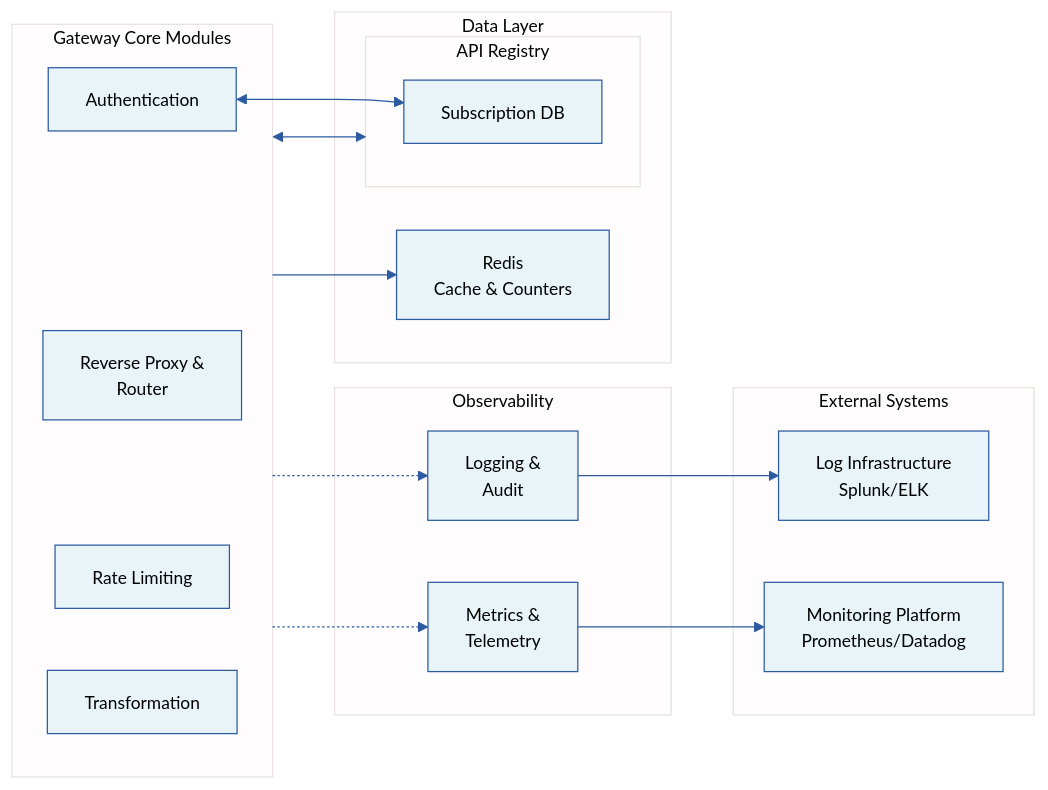
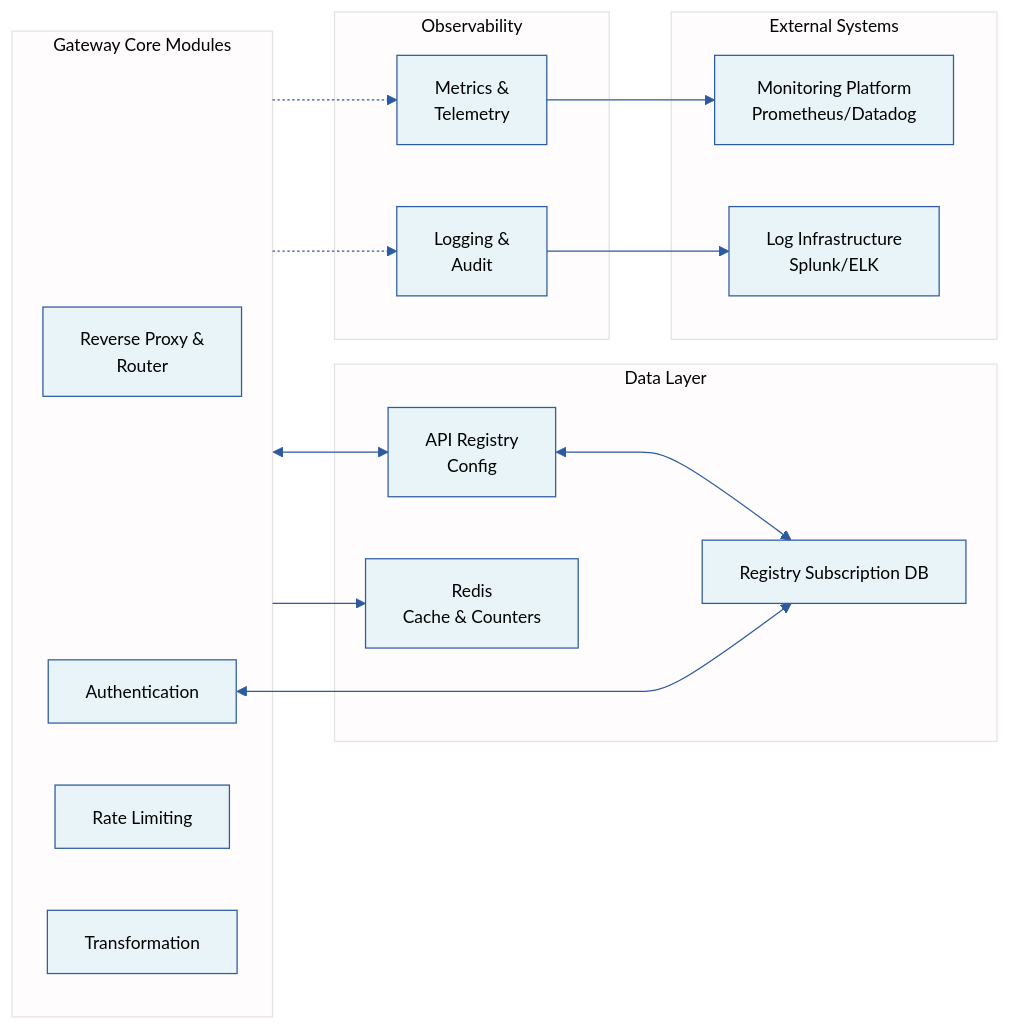
Before and after one commit to barbecuesteve/api-governance: the fourth of 4 diagrams in build-from-scratch/01-api-gateway.md, drawn with Mermaid.

Commit message:
graphwerk

```diff
--- a/build-from-scratch/01-api-gateway.md
+++ b/build-from-scratch/01-api-gateway.md
@@ -128,37 +128,35 @@
 <pre class="mermaid">
 %%{init: {'theme':'base', 'themeVariables': { 'primaryColor':'#e8f4f8','primaryTextColor':'#000','primaryBorderColor':'#2c5aa0','lineColor':'#2c5aa0','edgeLabelBackground':'#fff','fontSize':'14px'}}}%%
 flowchart LR
     subgraph Core["Gateway Core Modules"]
         Router[Reverse Proxy &<br/>Router]
         Auth[Authentication]
         RateLimit[Rate Limiting]
         Transform[Transformation]
     end
     
     subgraph Observability["Observability"]
         Logging[Logging &<br/>Audit]
         Metrics[Metrics &<br/>Telemetry]
     end
     
     subgraph Data["Data Layer"]
         Redis[Redis<br/>Cache & Counters]
         Registry[API Registry<br/>Config]
+        IDP[Registry Subscription DB]
     end
     
     subgraph External["External Systems"]
         LogInfra[Log Infrastructure<br/>Splunk/ELK]
         MonitoringPlatform[Monitoring Platform<br/>Prometheus/Datadog]
     end
     
-    subgraph Registry["API Registry"]
-        IDP[Subscription DB]
-    end
-
     Core --> Redis
     Core <--> Registry
     Auth <--> IDP
+    Registry <--> IDP
     Logging --> LogInfra
     Metrics --> MonitoringPlatform
     Core -.-> Logging
     Core -.-> Metrics
 </pre>
```
